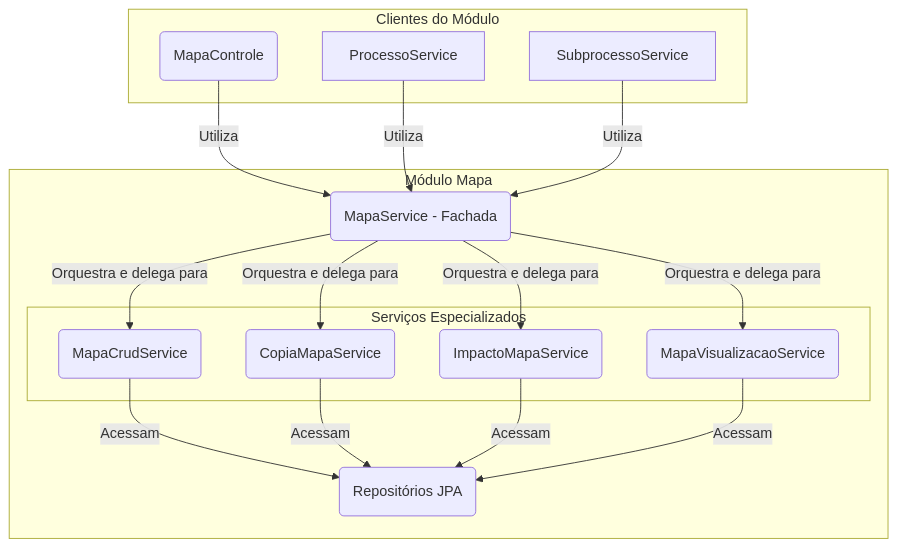
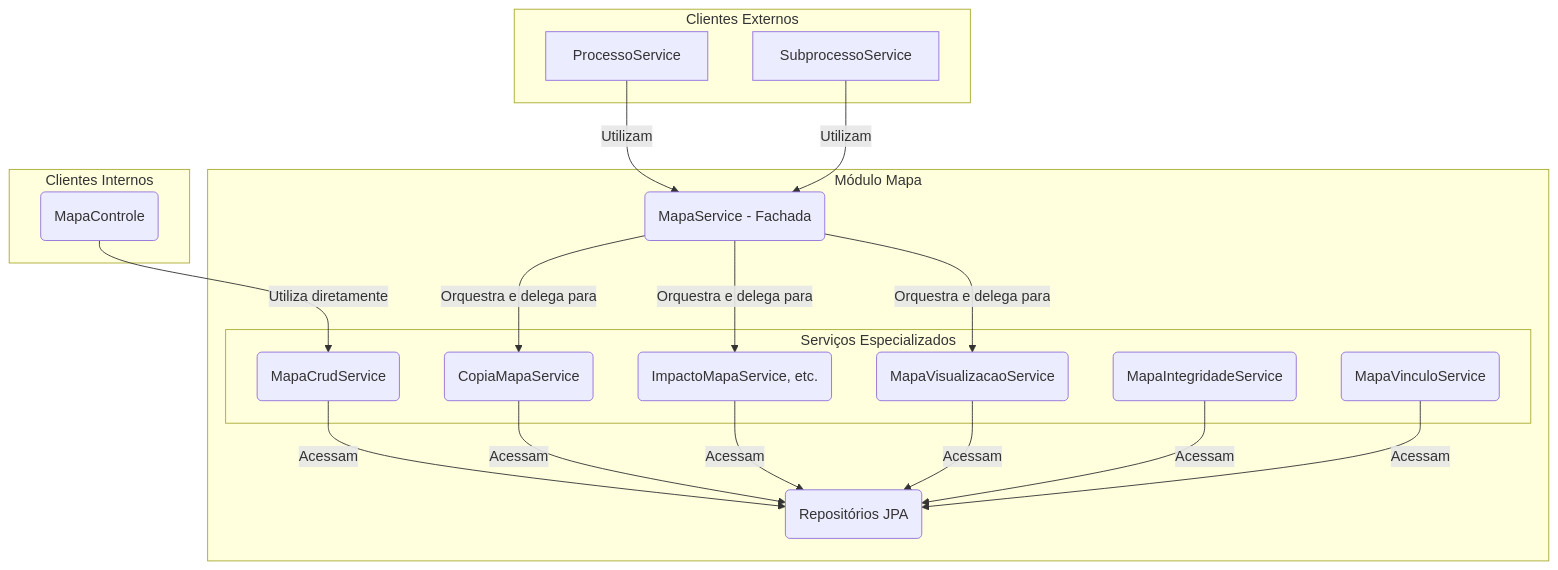
One commit to lgalvao/sgc changed the diagram in backend/src/main/java/sgc/mapa/README.md. Above: the diagram before and after it, drawn with Mermaid. The commit also changed other lines of this file and 9 other files, not shown here.

````diff
--- a/backend/src/main/java/sgc/mapa/README.md
+++ b/backend/src/main/java/sgc/mapa/README.md
@@ -11,32 +11,33 @@
 ```mermaid
 graph TD
-    subgraph "Clientes do Módulo"
-        Controle(MapaControle)
+    subgraph "Clientes Externos"
         ProcessoService
         SubprocessoService
+    end
+
+    subgraph "Clientes Internos"
+        Controle(MapaControle)
     end
 
     subgraph "Módulo Mapa"
         Facade(MapaService - Fachada)
 
         subgraph "Serviços Especializados"
             Crud(MapaCrudService)
             Copia(CopiaMapaService)
-            Impacto(ImpactoMapaService)
+            Impacto(ImpactoMapaService, etc.)
             Visualizacao(MapaVisualizacaoService)
+            Integridade(MapaIntegridadeService)
+            Vinculo(MapaVinculoService)
         end
 
         Repos(Repositórios JPA)
     end
 
-    Controle -- Utiliza --> Facade
-    ProcessoService -- Utiliza --> Facade
-    SubprocessoService -- Utiliza --> Facade
+    ProcessoService & SubprocessoService -- Utilizam --> Facade
+    Controle -- Utiliza diretamente --> Crud
 
-    Facade -- Orquestra e delega para --> Crud
-    Facade -- Orquestra e delega para --> Copia
-    Facade -- Orquestra e delega para --> Impacto
-    Facade -- Orquestra e delega para --> Visualizacao
+    Facade -- Orquestra e delega para --> Copia & Impacto & Visualizacao
 
-    Crud & Copia & Impacto & Visualizacao -- Acessam --> Repos
+    Crud & Copia & Impacto & Visualizacao & Integridade & Vinculo -- Acessam --> Repos
 ```
````
